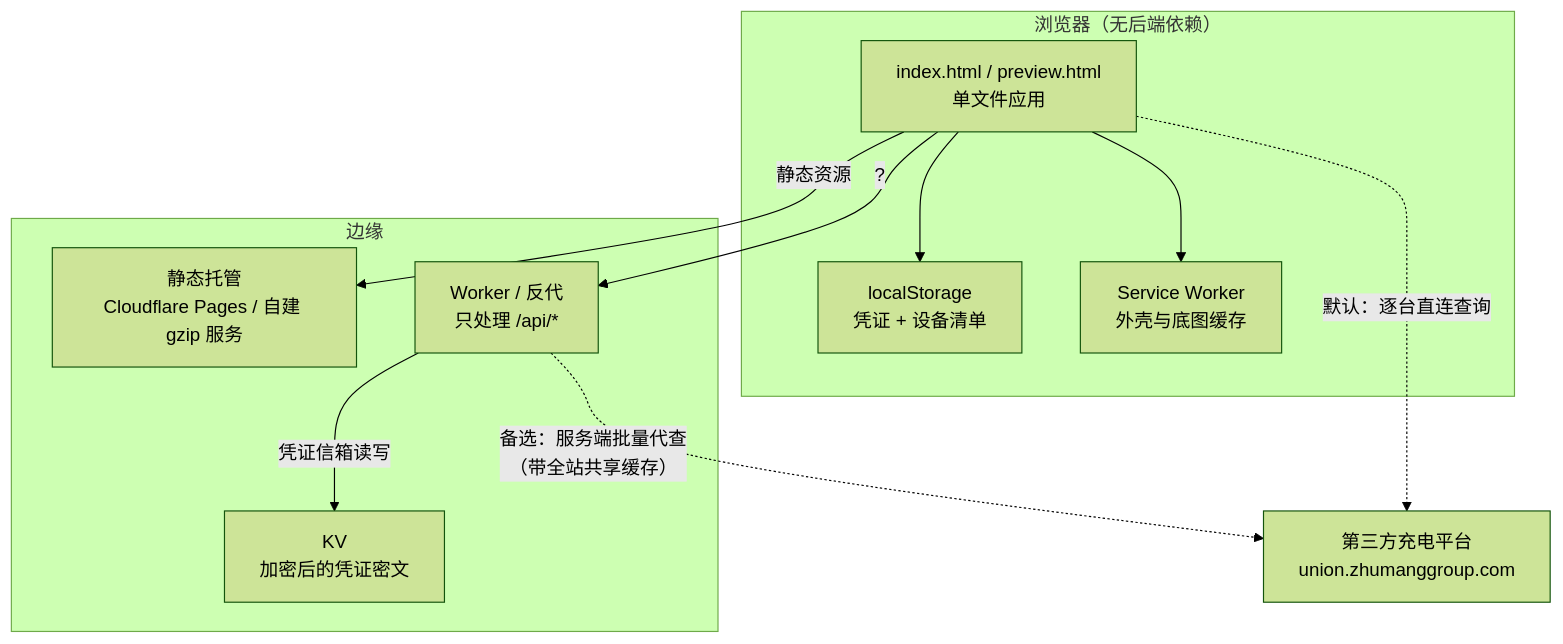
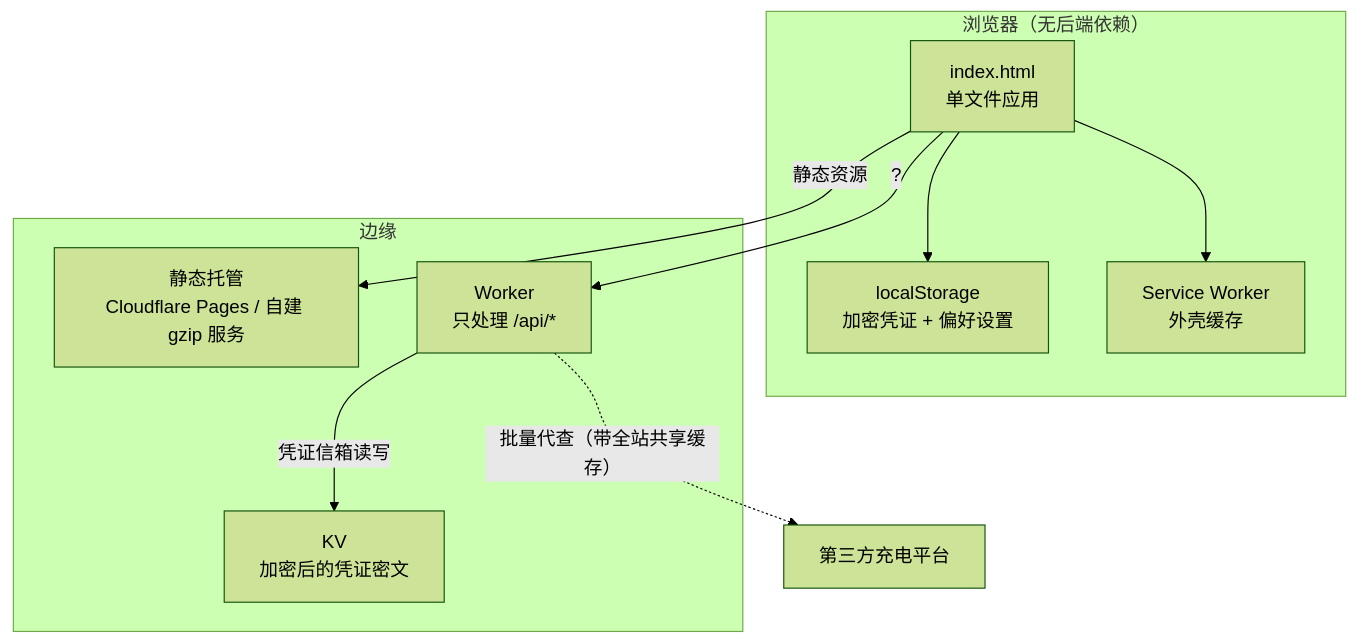
The diagram in README.md (Qishihe/longsong-chd-charger), drawn with Mermaid (forest theme) before and after one commit. The commit also changed other lines of this file and 146 other files, not shown here.

````diff
--- a/README.md
+++ b/README.md
@@ -44,24 +43,23 @@
 ```mermaid
 flowchart TB
     subgraph Client["浏览器（无后端依赖）"]
-        Page["index.html / preview.html<br/>单文件应用"]
-        LS["localStorage<br/>凭证 + 设备清单"]
-        SW["Service Worker<br/>外壳与底图缓存"]
+        Page["index.html<br/>单文件应用"]
+        LS["localStorage<br/>加密凭证 + 偏好设置"]
+        SW["Service Worker<br/>外壳缓存"]
     end
 
     subgraph Edge["边缘"]
         Host["静态托管<br/>Cloudflare Pages / 自建 gzip 服务"]
-        Worker["Worker / 反代<br/>只处理 /api/*"]
+        Worker["Worker<br/>只处理 /api/*"]
         KV["KV<br/>加密后的凭证密文"]
     end
 
-    Platform["第三方充电平台<br/>union.zhumanggroup.com"]
+    Platform["第三方充电平台"]
 
     Page --> LS
     Page --> SW
     Page -- "静态资源" --> Host
     Page -- "?" --> Worker
     Worker -- "凭证信箱读写" --> KV
-    Page -. "默认：逐台直连查询" .-> Platform
-    Worker -. "备选：服务端批量代查<br/>（带全站共享缓存）" .-> Platform
+    Worker -. "批量代查（带全站共享缓存）" .-> Platform
 ```
````
